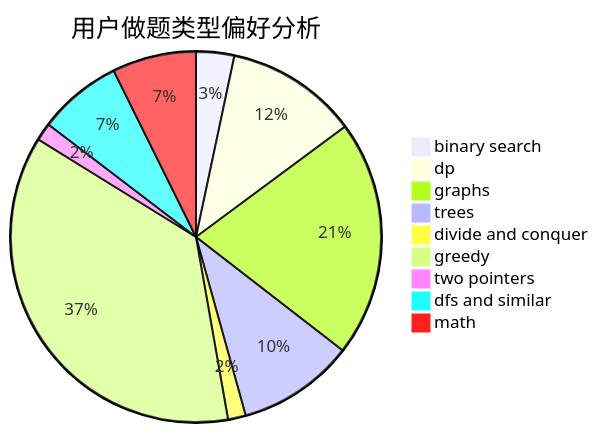
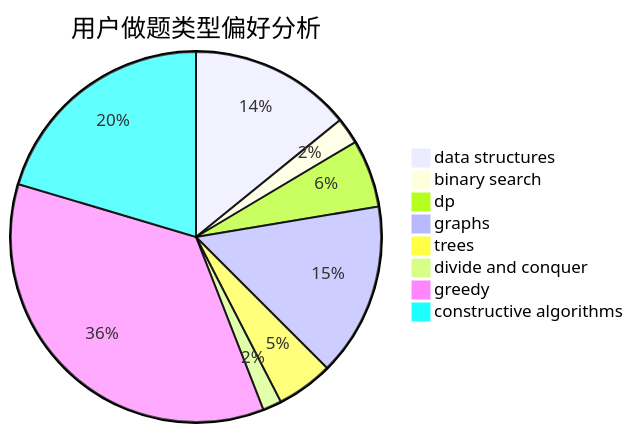
Before and after one commit to sherpahu/cfrs.github.io: the second of 3 diagrams in docs/user/u7.md, drawn with Mermaid. The commit also changed other lines of this file and 2775 other files, not shown here.

````diff
--- a/docs/user/u7.md
+++ b/docs/user/u7.md
@@ -23,12 +23,11 @@
 ```mermaid
 pie title 用户做题类型偏好分析
-    "binary search" :  15
-    "dp" :  52
-    "graphs" :  93
-    "trees" :  46
-    "divide and conquer" :  7
-    "greedy" :  165
-    "two pointers" :  7
-    "dfs and similar" :  33
-    "math" :  33
+    "data structures" :  43
+    "binary search" :  7
+    "dp" :  18
+    "graphs" :  46
+    "trees" :  15
+    "divide and conquer" :  5
+    "greedy" :  108
+    "constructive algorithms" :  62
 ```
````
